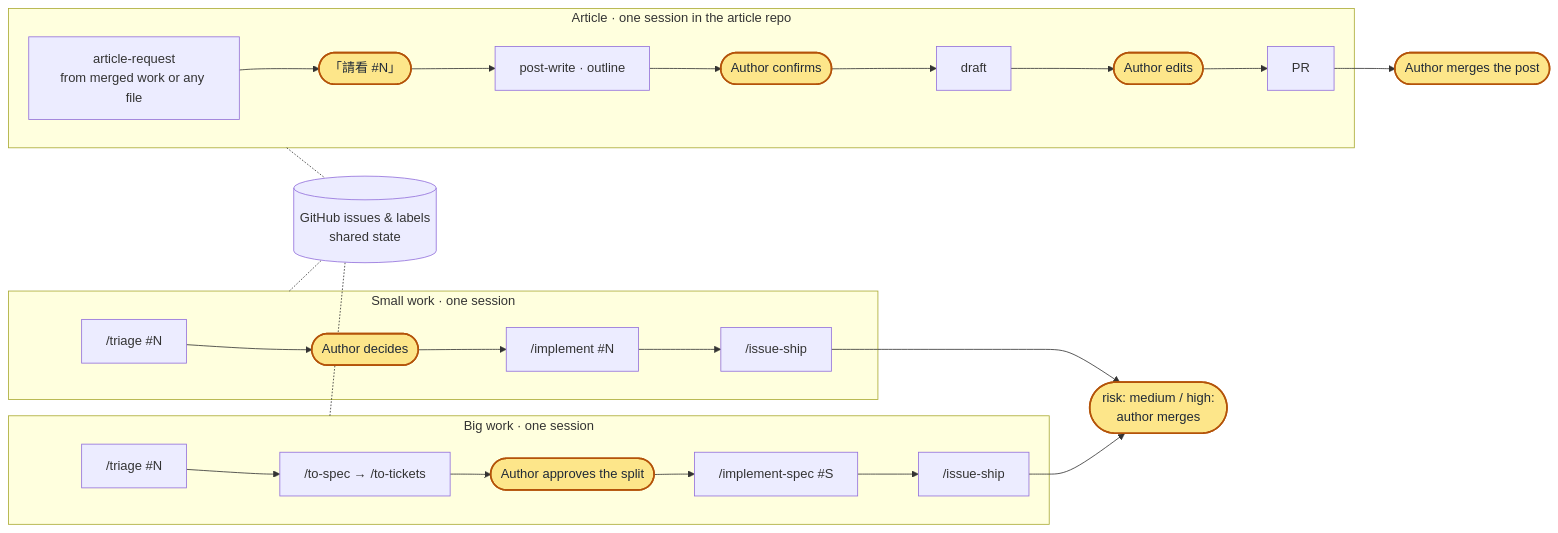
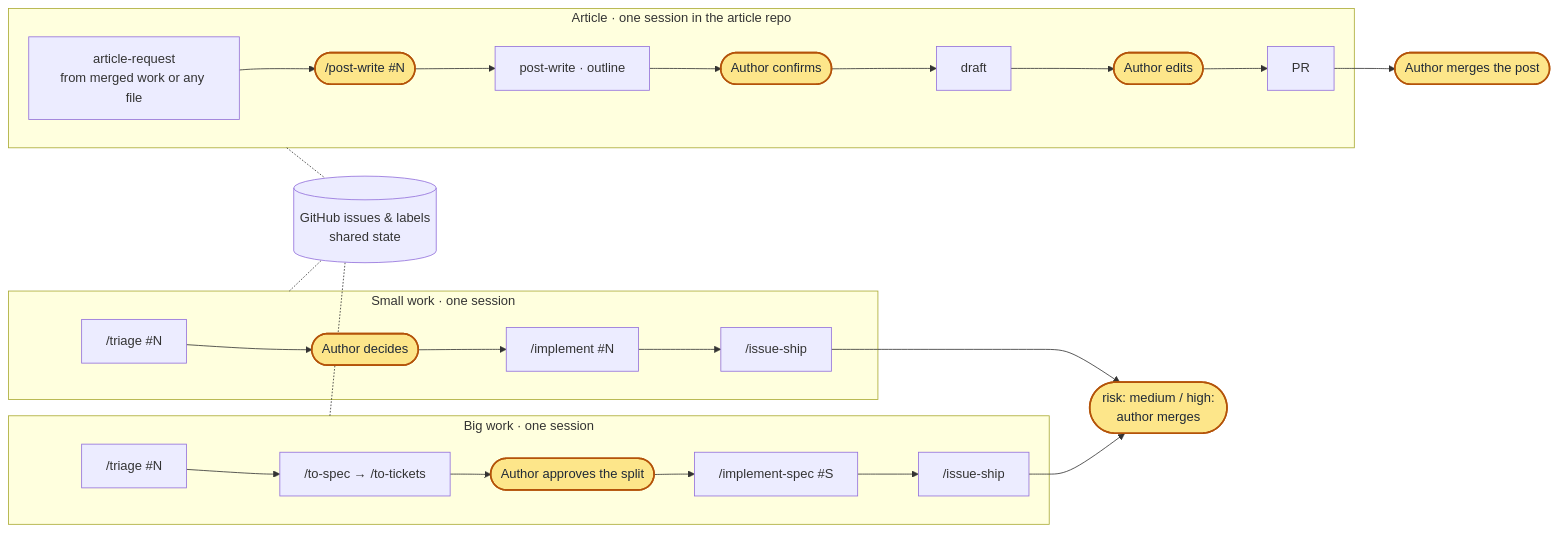
The second of 2 diagrams in README.md (sean2249/skills), drawn with Mermaid before and after one commit. The commit also changed other lines of this file and 20 other files, not shown here.

````diff
--- a/README.md
+++ b/README.md
@@ -180,21 +180,21 @@
 ```mermaid
 flowchart LR
   subgraph SMALL["Small work · one session"]
     S1["/triage #N"] --> S2(["Author decides"]):::author --> S3["/implement #N"] --> S4["/issue-ship"]
   end
   subgraph BIG["Big work · one session"]
     B1["/triage #N"] --> B2["/to-spec → /to-tickets"] --> B3(["Author approves the split"]):::author --> B4["/implement-spec #S"] --> B5["/issue-ship"]
   end
   subgraph POST["Article · one session in the article repo"]
-    P0["article-request<br/>from merged work or any file"] --> P1(["「請看 #N」"]):::author --> P2["post-write · outline"] --> P3(["Author confirms"]):::author --> P4["draft"] --> P5(["Author edits"]):::author --> P6["PR"]
+    P0["article-request<br/>from merged work or any file"] --> P1(["/post-write #N"]):::author --> P2["post-write · outline"] --> P3(["Author confirms"]):::author --> P4["draft"] --> P5(["Author edits"]):::author --> P6["PR"]
   end
   BOARD[("GitHub issues & labels<br/>shared state")]
   S4 --> M(["risk: medium / high:<br/>author merges"]):::author
   B5 --> M
   P6 --> MP(["Author merges the post"]):::author
   SMALL -.- BOARD
   BIG -.- BOARD
   POST -.- BOARD
 
   classDef author fill:#fde68a,stroke:#b45309,color:#1f2937,stroke-width:2px
 ```
````
